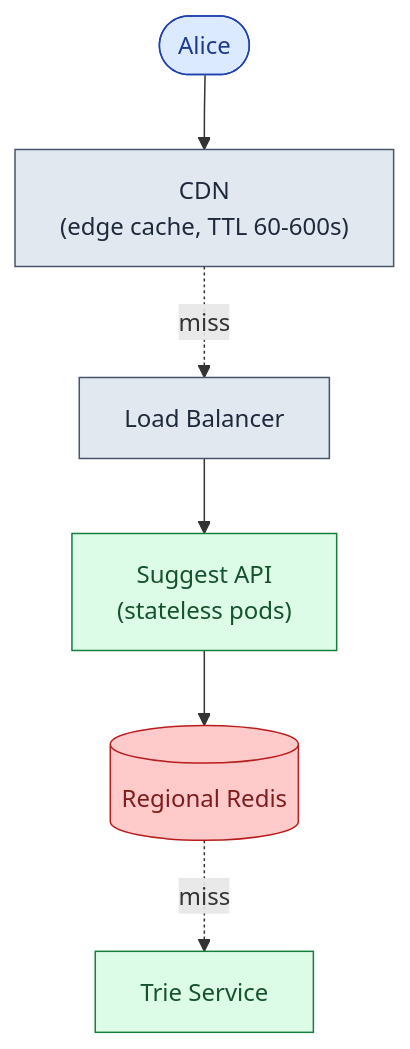
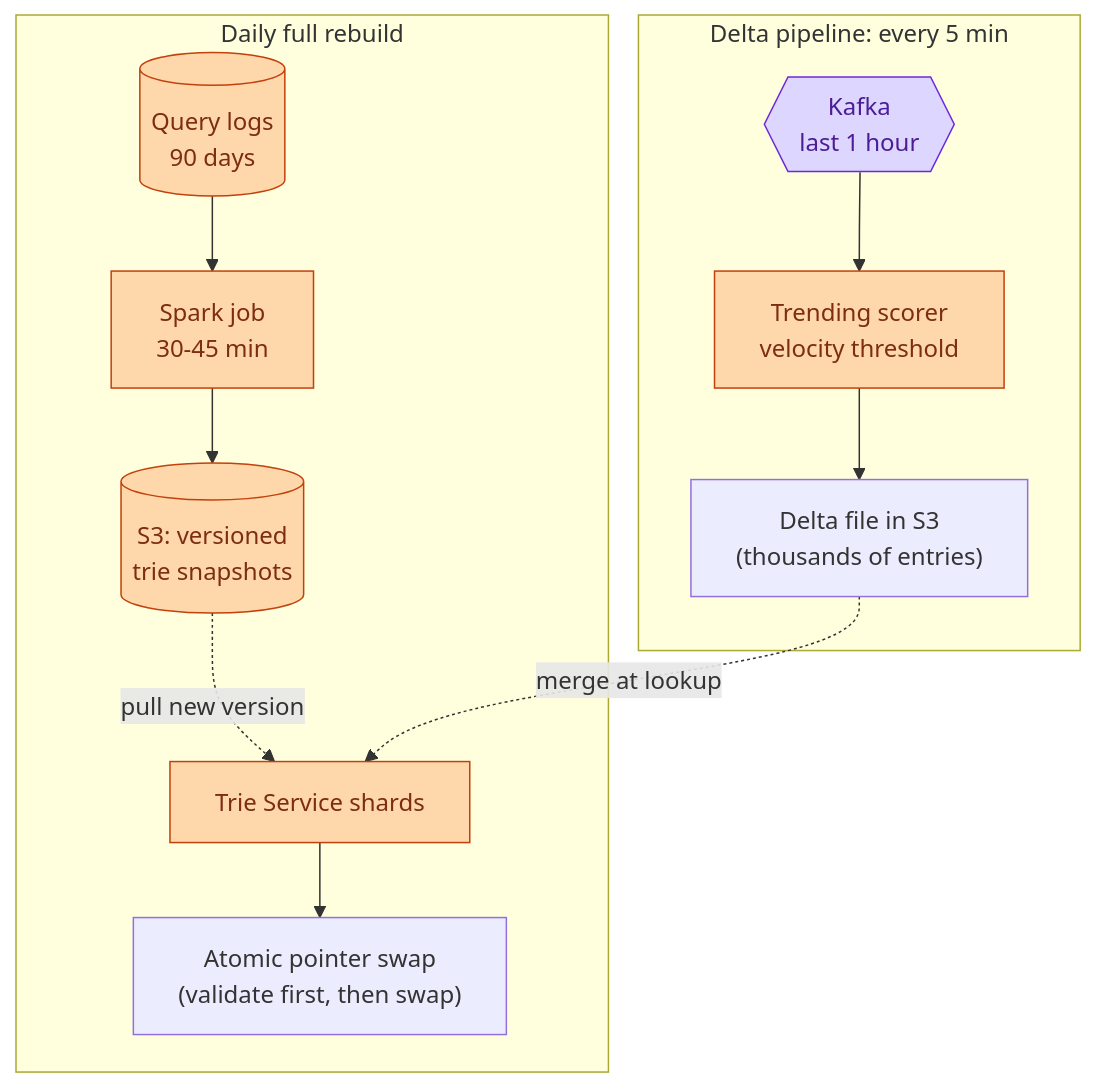
One commit to shiningflash/system-design changed the sixth of 9 diagrams in problems/005-typeahead-autocomplete/question.md. Above: the diagram before and after it, drawn with Mermaid. The commit also changed other lines of this file and 37 other files, not shown here.

````diff
--- a/problems/005-typeahead-autocomplete/question.md
+++ b/problems/005-typeahead-autocomplete/question.md
@@ -236,13 +206,21 @@
 ```mermaid
 flowchart TB
-    A([Alice]):::user --> CDN["CDN<br/>(edge cache, TTL 60-600s)"]:::edge
-    CDN -.miss.-> LB["Load Balancer"]:::edge
-    LB --> API["Suggest API<br/>(stateless pods)"]:::app
-    API --> Cache[("Regional Redis")]:::cache
-    Cache -.miss.-> T["Trie Service"]:::app
+    subgraph Daily["Daily full rebuild"]
+        L[("Query logs\n90 days")] --> Spark["Spark job\n30-45 min"]
+        Spark --> S3[("S3: versioned\ntrie snapshots")]
+        S3 -.pull new version.-> T["Trie Service shards"]
+        T --> Swap["Atomic pointer swap\n(validate first, then swap)"]
+    end
+    subgraph Delta["Delta pipeline: every 5 min"]
+        K{{"Kafka\nlast 1 hour"}} --> Trend["Trending scorer\nvelocity threshold"]
+        Trend --> DL["Delta file in S3\n(thousands of entries)"]
+        DL -.merge at lookup.-> T
+    end
 
-    classDef user fill:#dbeafe,stroke:#1e40af,color:#1e3a8a
-    classDef edge fill:#e2e8f0,stroke:#475569,color:#1e293b
+    classDef db fill:#fed7aa,stroke:#c2410c,color:#7c2d12
     classDef app fill:#dcfce7,stroke:#15803d,color:#14532d
-    classDef cache fill:#fecaca,stroke:#b91c1c,color:#7f1d1d
+    classDef queue fill:#ddd6fe,stroke:#6d28d9,color:#4c1d95
+    class L,S3 db
+    class Spark,Trend,T db
+    class K queue
 ```
````
